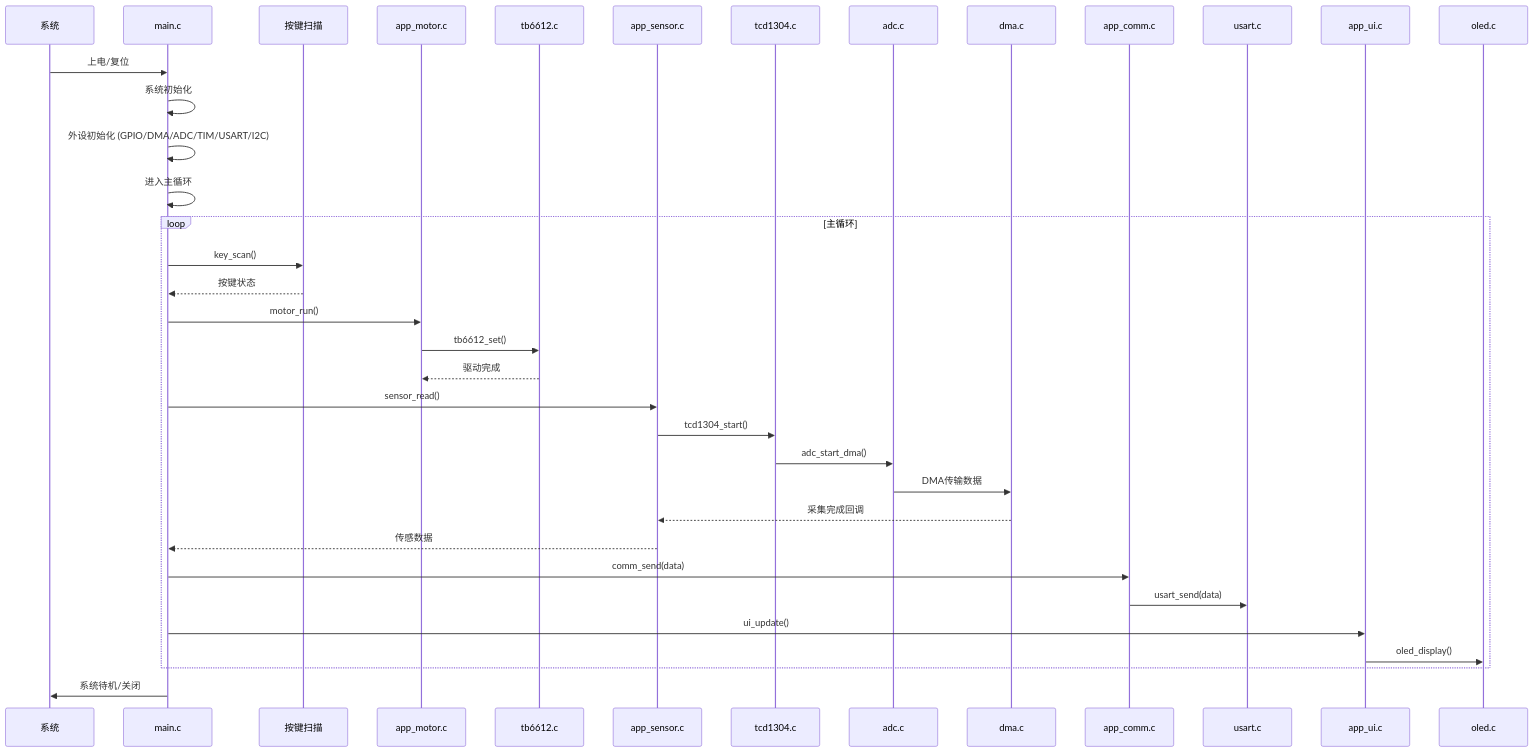
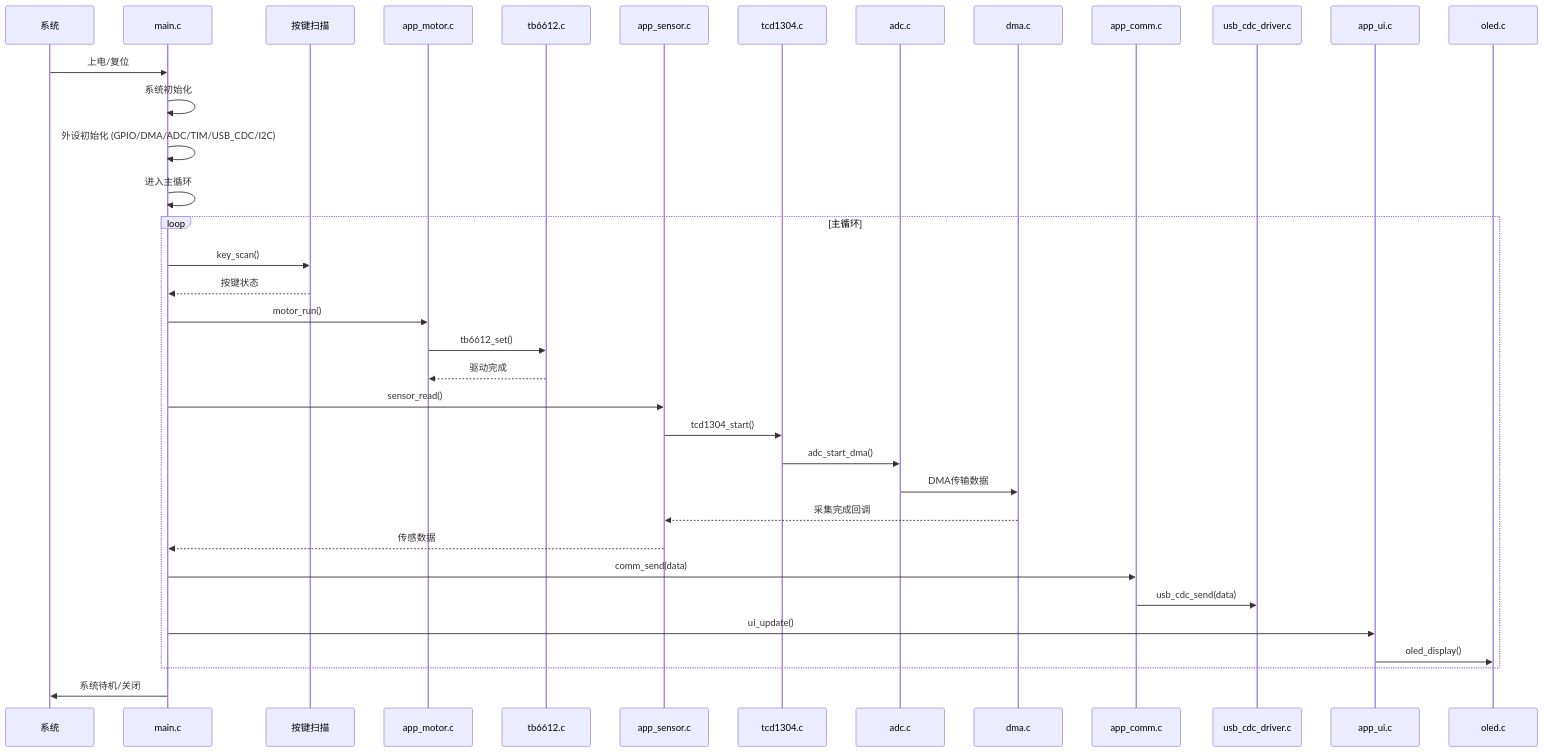
The third of 3 diagrams in 004-500/文件结构.md (Ebotian/exp), drawn with Mermaid before and after one commit. The commit also changed other lines of this file and 18 other files, not shown here.

````diff
--- a/004-500/文件结构.md
+++ b/004-500/文件结构.md
@@ -83,46 +83,46 @@
 ```mermaid
 sequenceDiagram
     participant SYS   as 系统
     participant MAIN  as main.c
     participant KEY   as 按键扫描
     participant MOTOR as app_motor.c
     participant TB    as tb6612.c
     participant SENSOR as app_sensor.c
     participant TCD   as tcd1304.c
     participant ADC   as adc.c
     participant DMA   as dma.c
     participant COMM  as app_comm.c
-    participant USART as usart.c
+    participant USB_VCP as usb_cdc_driver.c
     participant UI    as app_ui.c
     participant OLED  as oled.c
 
     SYS->>MAIN: 上电/复位
     MAIN->>MAIN: 系统初始化
-    MAIN->>MAIN: 外设初始化 (GPIO/DMA/ADC/TIM/USART/I2C)
+    MAIN->>MAIN: 外设初始化 (GPIO/DMA/ADC/TIM/USB_CDC/I2C)
 
     MAIN->>MAIN: 进入主循环
     loop 主循环
         MAIN->>KEY: key_scan()
         KEY-->>MAIN: 按键状态
 
         MAIN->>MOTOR: motor_run()
         MOTOR->>TB: tb6612_set()
         TB-->>MOTOR: 驱动完成
 
         MAIN->>SENSOR: sensor_read()
         SENSOR->>TCD: tcd1304_start()
         TCD->>ADC: adc_start_dma()
         ADC->>DMA: DMA传输数据
         DMA-->>SENSOR: 采集完成回调
 
         SENSOR-->>MAIN: 传感数据
 
         MAIN->>COMM: comm_send(data)
-        COMM->>USART: usart_send(data)
+        COMM->>USB_VCP: usb_cdc_send(data)
 
         MAIN->>UI: ui_update()
         UI->>OLED: oled_display()
 
     end
     MAIN->>SYS: 系统待机/关闭
 ```
````
